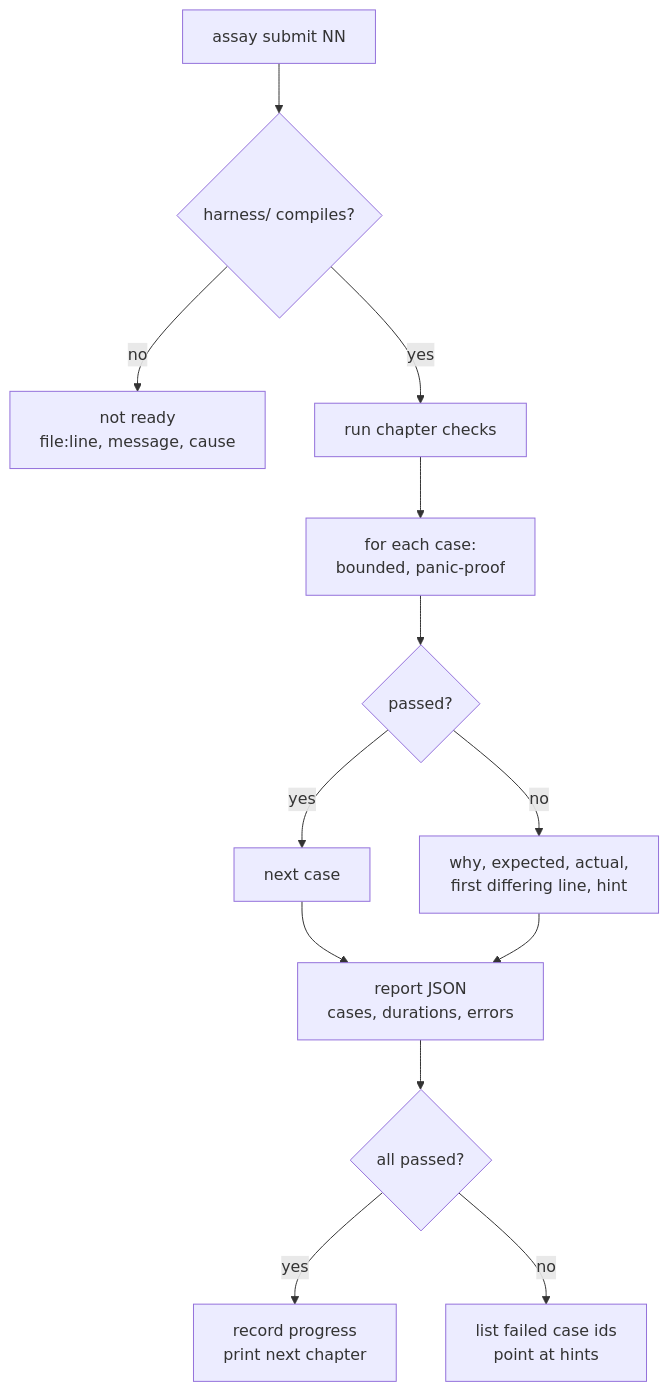
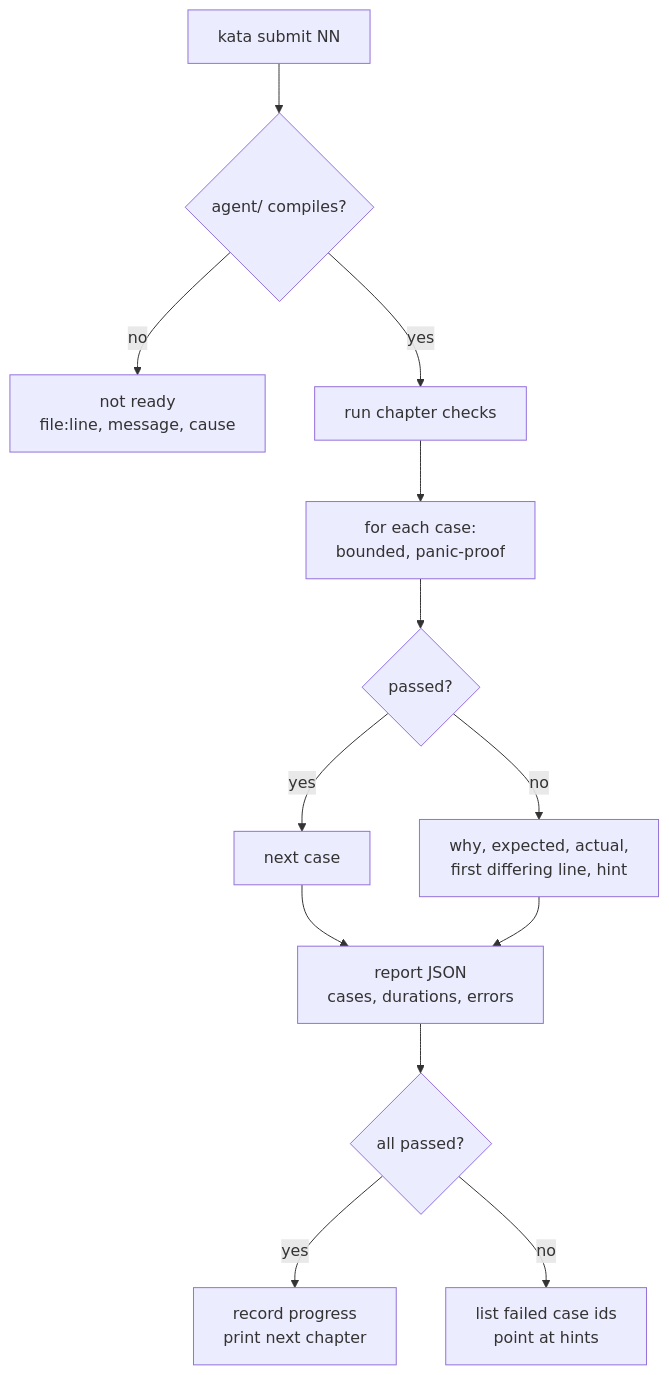
The fourth of 5 diagrams in docs/architecture.md (theakhandpatel/kata), drawn with Mermaid before and after one commit. The commit also changed other lines of this file and 32 other files, not shown here.

````diff
--- a/docs/architecture.md
+++ b/docs/architecture.md
@@ -115,15 +115,15 @@
 ```mermaid
 flowchart TD
-    A["assay submit NN"] --> B{harness/ compiles?}
+    A["kata submit NN"] --> B{agent/ compiles?}
     B -- no --> C["not ready<br/>file:line, message, cause"]
     B -- yes --> D["run chapter checks"]
     D --> E["for each case:<br/>bounded, panic-proof"]
     E --> F{passed?}
     F -- yes --> G["next case"]
     F -- no --> H["why, expected, actual,<br/>first differing line, hint"]
     G --> I["report JSON<br/>cases, durations, errors"]
     H --> I
     I --> J{all passed?}
     J -- yes --> K["record progress<br/>print next chapter"]
     J -- no --> L["list failed case ids<br/>point at hints"]
 ```
````
